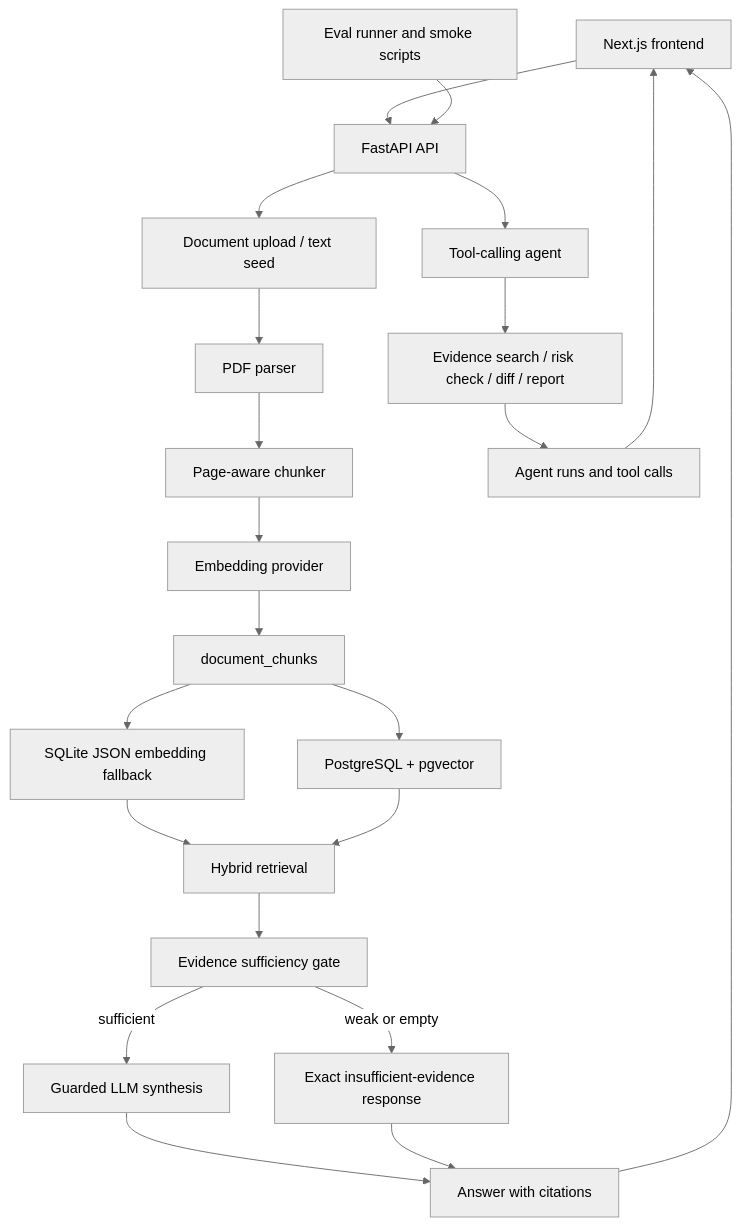
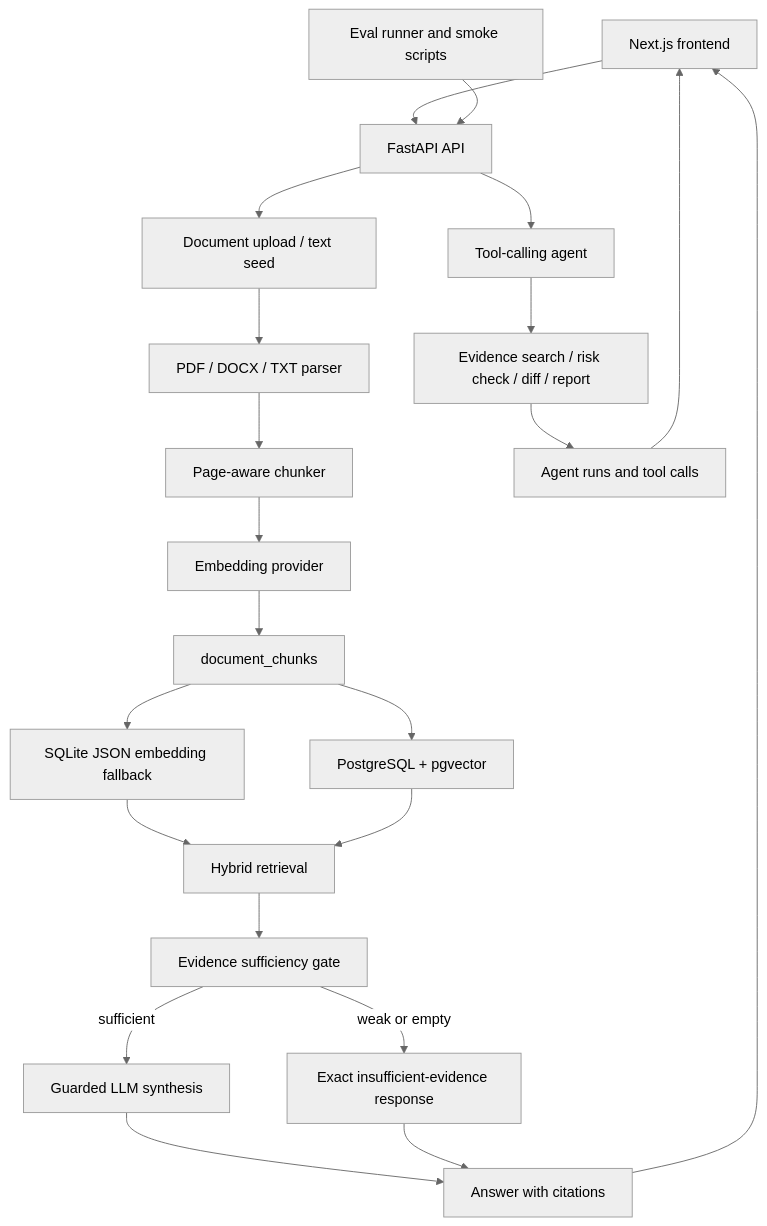
Before and after one commit to AZ123IT/BidGuard-AI: the diagram in docs/architecture.md, drawn with Mermaid (neutral theme). The commit also changed other lines of this file and 39 other files, not shown here.

````diff
--- a/docs/architecture.md
+++ b/docs/architecture.md
@@ -7,24 +7,24 @@
 ```mermaid
 flowchart TD
   UI["Next.js frontend"] --> API["FastAPI API"]
   Eval["Eval runner and smoke scripts"] --> API
   API --> Upload["Document upload / text seed"]
-  Upload --> Parser["PDF parser"]
+  Upload --> Parser["PDF / DOCX / TXT parser"]
   Parser --> Chunker["Page-aware chunker"]
   Chunker --> Embeddings["Embedding provider"]
   Embeddings --> Chunks["document_chunks"]
   Chunks --> SQLite["SQLite JSON embedding fallback"]
   Chunks --> PG["PostgreSQL + pgvector"]
   SQLite --> Retrieval["Hybrid retrieval"]
   PG --> Retrieval
   Retrieval --> Gate["Evidence sufficiency gate"]
   Gate -->|sufficient| LLM["Guarded LLM synthesis"]
   Gate -->|weak or empty| Fallback["Exact insufficient-evidence response"]
   LLM --> Evidence["Answer with citations"]
   Fallback --> Evidence
   API --> Agent["Tool-calling agent"]
   Agent --> Tools["Evidence search / risk check / diff / report"]
   Tools --> Trace["Agent runs and tool calls"]
   Evidence --> UI
   Trace --> UI
 ```
````
